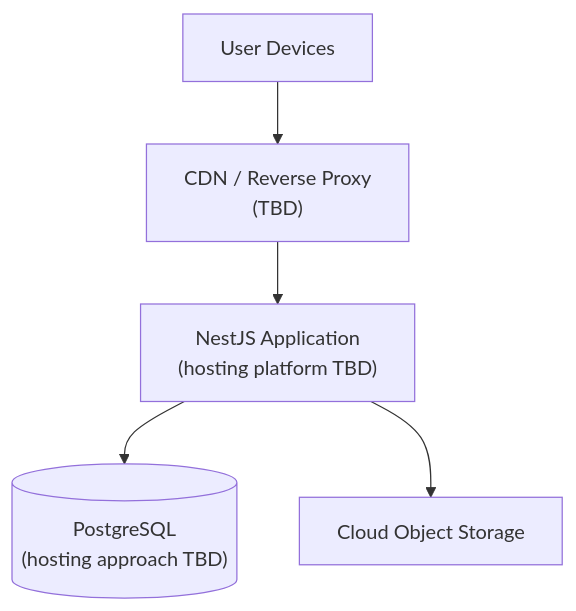
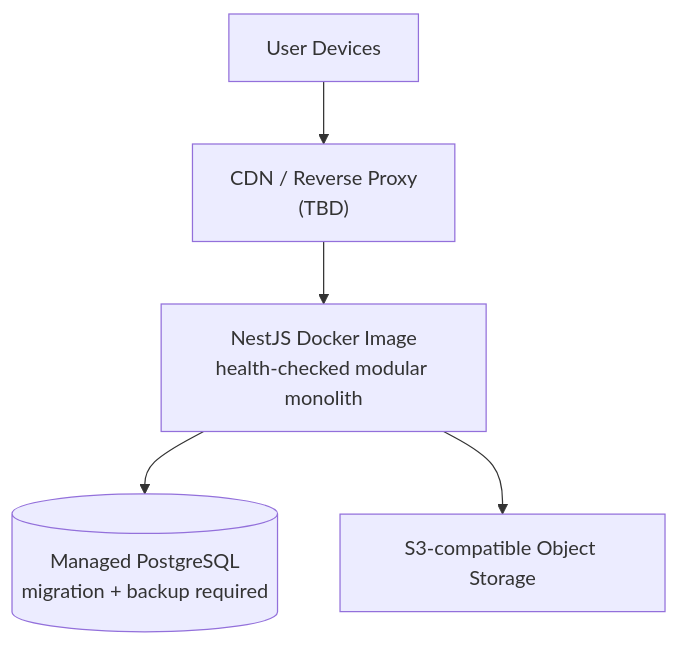
One commit to xiyunliu610/yt-paws-platform changed the seventh of 7 diagrams in docs/03_System_Architecture.md. Above: the diagram before and after it, drawn with Mermaid. The commit also changed other lines of this file and 21 other files, not shown here.

````diff
--- a/docs/03_System_Architecture.md
+++ b/docs/03_System_Architecture.md
@@ -458,7 +460,7 @@
 ```mermaid
 flowchart TB
     Internet["User Devices"] --> CDN["CDN / Reverse Proxy<br/>(TBD)"]
-    CDN --> API["NestJS Application<br/>(hosting platform TBD)"]
-    API --> DB[("PostgreSQL<br/>(hosting approach TBD)")]
-    API --> Storage["Cloud Object Storage"]
+    CDN --> API["NestJS Docker Image<br/>health-checked modular monolith"]
+    API --> DB[("Managed PostgreSQL<br/>migration + backup required")]
+    API --> Storage["S3-compatible Object Storage"]
 ```
````
